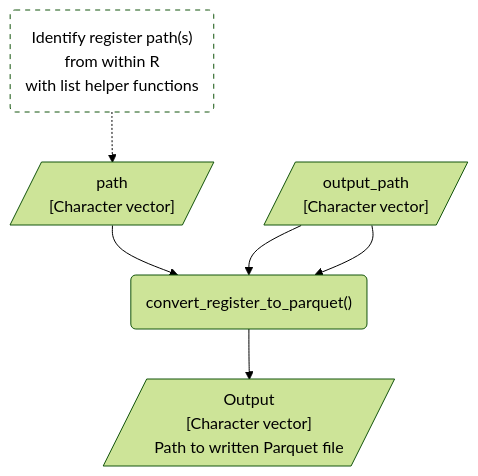
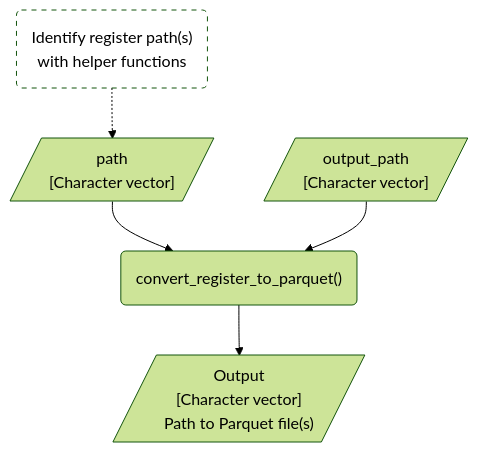
The second of 3 diagrams in vignettes/design.qmd (dp-next/registers2parquet), drawn with Mermaid (forest theme) before and after one commit. The commit also changed other lines of this file, not shown here.

````diff
--- a/vignettes/design.qmd
+++ b/vignettes/design.qmd
@@ -68,22 +68,21 @@
 ```{mermaid}
 %%| label: fig-flow
 %%| fig-cap: "Flow of the expected flow using the `convert_register_to_parquet()` package to convert register SAS files to Parquet files."
 %%| fig-alt: "A flowchart showing the expected flow of converting register SAS files to Parquet files using the `registers2parquet` package. It includes identifying paths to the relevant SAS files using the helper functions, calling the main function `convert_register_to_parquet()`, which then outputs the path to the written Parquet files."
 flowchart TD
 
-    identify_paths("Identify register path(s)<br>from within R<br>with list helper functions")
+    identify_paths("Identify register path(s)<br>with helper functions")
     path[/"path<br>[Character vector]"/]
     output_path[/"output_path<br>[Character vector]"/]
     convert_register_to_parquet("convert_register_to_parquet()")
-    output[/"Output<br>[Character vector]<br>Path to written Parquet file"/]
+    output[/"Output<br>[Character vector]<br>Path to Parquet file(s)"/]
+
 
     %% Edges
     identify_paths -.-> path --> convert_register_to_parquet
-    output_path --> convert_register_to_parquet
-
     output_path --> convert_register_to_parquet
     convert_register_to_parquet --> output
 
     %% Styling
     style identify_paths fill:#FFFFFF, color:#000000, stroke-dasharray: 5 5
 ```
````
